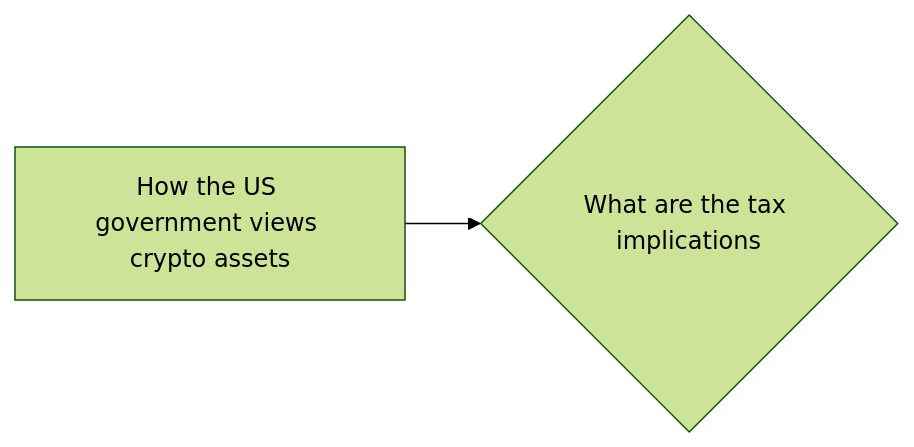
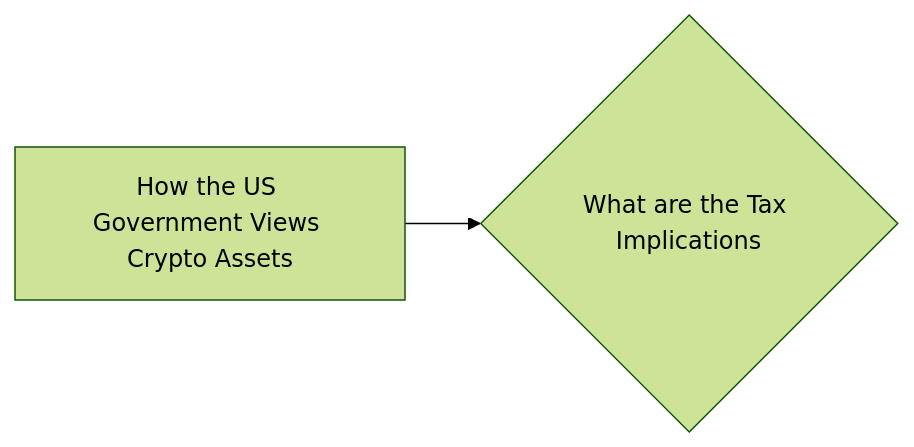
The diagram in notes/What_are_the_Tax_Implications.md (lpurdy01/crypto-knowledge-map), drawn with Mermaid (forest theme) before and after one commit. The commit also changed 50 other files, not shown here.

````diff
--- a/notes/What_are_the_Tax_Implications.md
+++ b/notes/What_are_the_Tax_Implications.md
@@ -6,4 +6,4 @@
 ```mermaid
 graph LR
-1["How the US government views crypto assets"]-->0{"What are the tax implications"}
+1["How the US Government Views Crypto Assets"]-->0{"What are the Tax Implications"}
 ```
````
